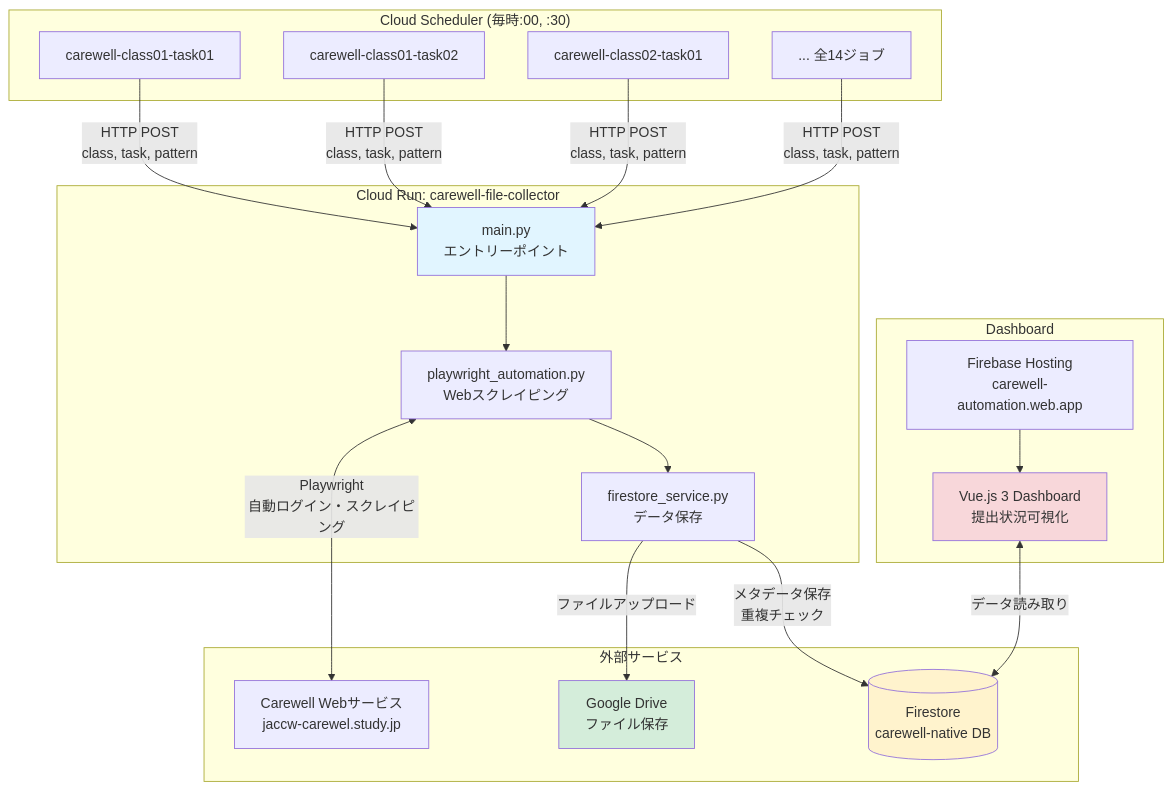
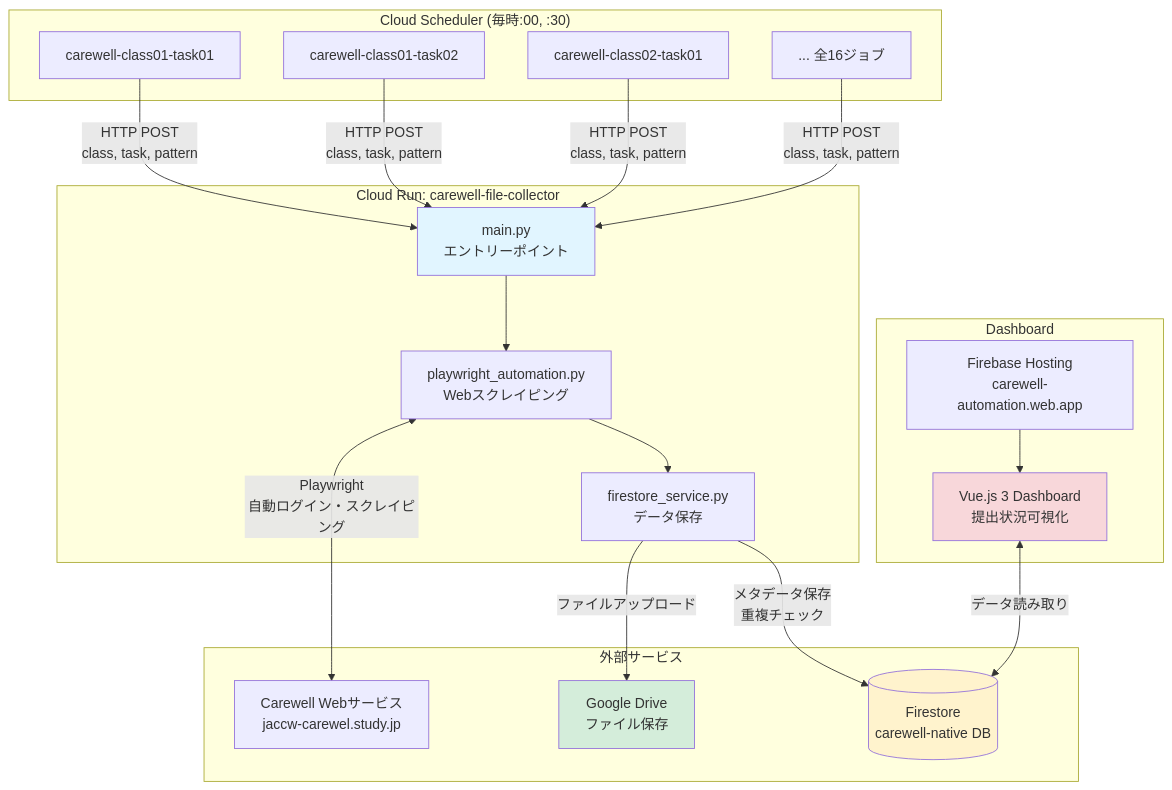
Before and after one commit to yasushi-honda/carewell-gcp-drive-automation: the first of 2 diagrams in docs/QUICKSTART.md, drawn with Mermaid. The commit also changed 2 other files, not shown here.

Commit message:
docs: Update class count from 7 to 8 (add №10)
- architecture-overview.md: Update to 8 classes, 16 jobs
- README.md: Update class count and total students (1,923)
- QUICKSTART.md: Update job count in diagram

🤖 Generated with [Claude Code](https://claude.com/claude-code)

````diff
--- a/docs/QUICKSTART.md
+++ b/docs/QUICKSTART.md
@@ -77,40 +77,40 @@
 ```mermaid
 graph TB
     subgraph "Cloud Scheduler (毎時:00, :30)"
         S1[carewell-class01-task01]
         S2[carewell-class01-task02]
         S3[carewell-class02-task01]
-        S4[... 全14ジョブ]
+        S4[... 全16ジョブ]
     end
 
     subgraph "Cloud Run: carewell-file-collector"
         CR[main.py<br/>エントリーポイント]
         PA[playwright_automation.py<br/>Webスクレイピング]
         FS[firestore_service.py<br/>データ保存]
     end
 
     subgraph "外部サービス"
         CW[Carewell Webサービス<br/>jaccw-carewel.study.jp]
         GD[Google Drive<br/>ファイル保存]
         FB[(Firestore<br/>carewell-native DB)]
     end
 
     subgraph "Dashboard"
         FH[Firebase Hosting<br/>carewell-automation.web.app]
         VUE[Vue.js 3 Dashboard<br/>提出状況可視化]
     end
 
     S1 & S2 & S3 & S4 -->|HTTP POST<br/>class, task, pattern| CR
     CR --> PA
     PA <-->|Playwright<br/>自動ログイン・スクレイピング| CW
     PA --> FS
     FS -->|ファイルアップロード| GD
     FS -->|メタデータ保存<br/>重複チェック| FB
     VUE <-->|データ読み取り| FB
     FH --> VUE
 
     style CR fill:#e1f5ff
     style FB fill:#fff3cd
     style GD fill:#d4edda
     style VUE fill:#f8d7da
 ```
````
